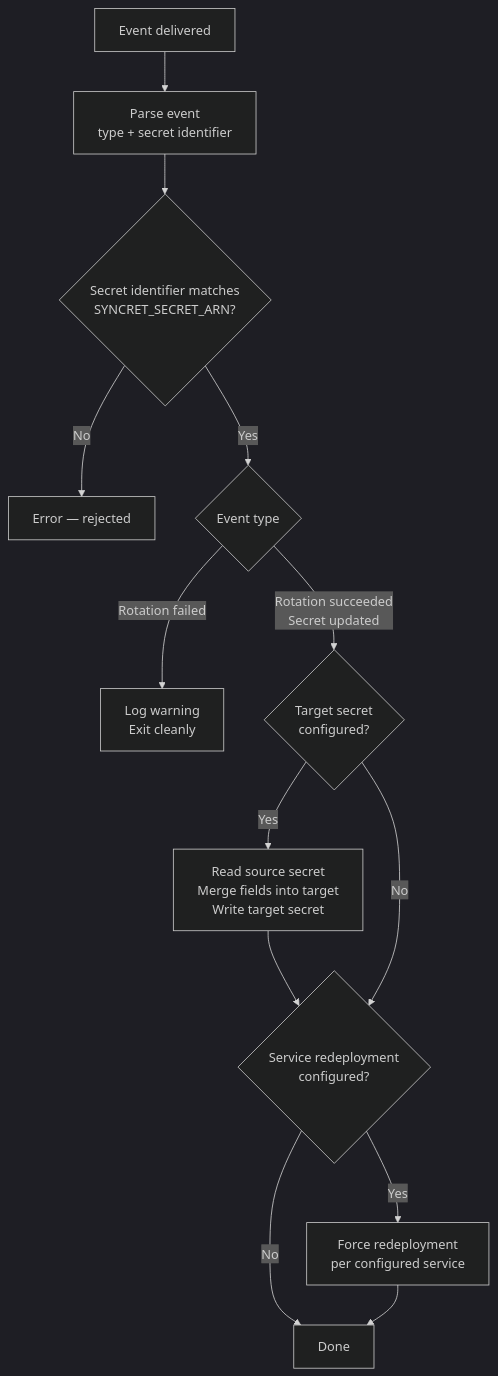
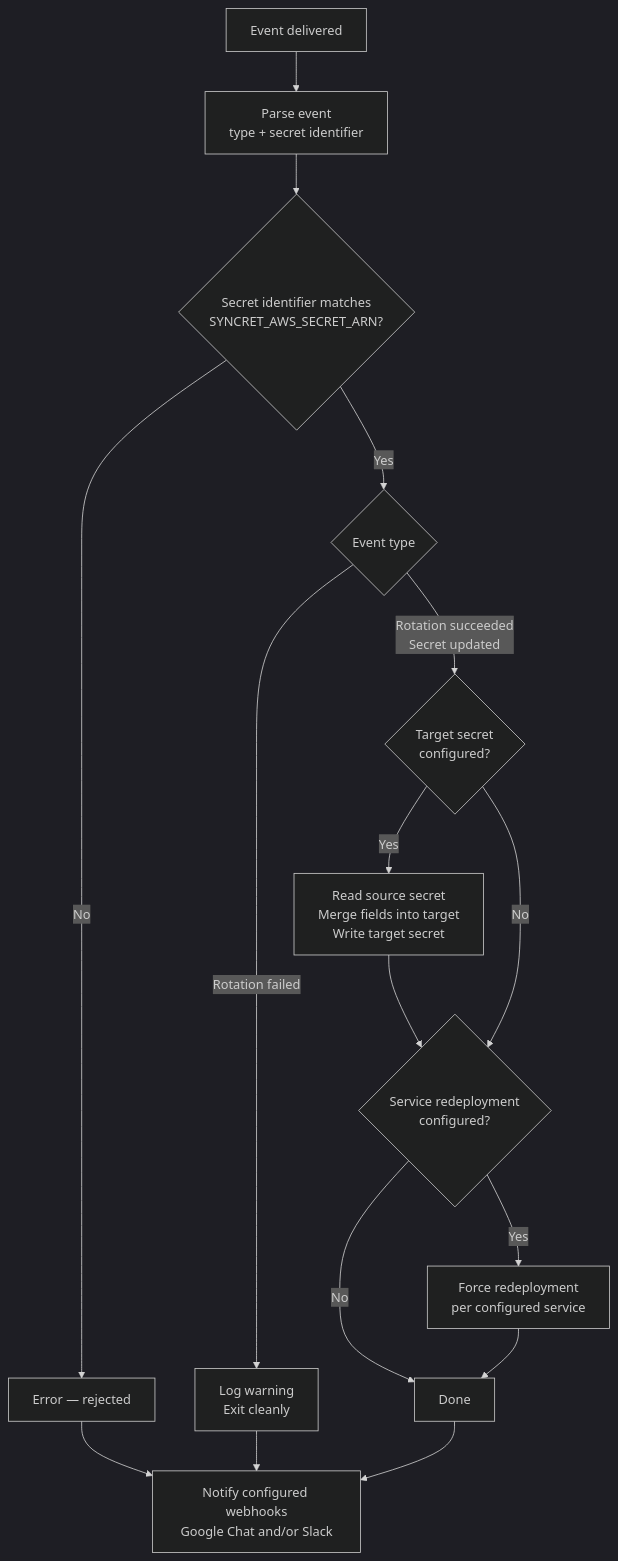
One commit to fayrus/syncret changed the diagram in docs/how-it-works.md. Above: the diagram before and after it, drawn with Mermaid (dark theme). The commit also changed other lines of this file and 1 other file, not shown here.

Commit message:
docs: describe notifications in how it works and deployment
The execution flow now ends with the notification step, the internal structure lists internal/notify, and the AWS deployment guide covers the optional webhook variables and VPC egress. Also fixes the source secret variable in the flow diagram, which still used the pre-v0.2.0 name SYNCRET_SECRET_ARN.

````diff
--- a/docs/how-it-works.md
+++ b/docs/how-it-works.md
@@ -17,15 +17,18 @@
 ```mermaid
 flowchart TD
     A[Event delivered] --> B["Parse event\ntype + secret identifier"]
-    B --> C{"Secret identifier matches\nSYNCRET_SECRET_ARN?"}
+    B --> C{"Secret identifier matches\nSYNCRET_AWS_SECRET_ARN?"}
     C -->|No| Z[Error — rejected]
     C -->|Yes| D{Event type}
     D -->|Rotation failed| W["Log warning\nExit cleanly"]
     D -->|"Rotation succeeded\nSecret updated"| E{"Target secret\nconfigured?"}
     E -->|Yes| F["Read source secret\nMerge fields into target\nWrite target secret"]
     F --> G{"Service redeployment\nconfigured?"}
     E -->|No| G
     G -->|Yes| H["Force redeployment\nper configured service"]
     G -->|No| I[Done]
     H --> I
+    Z --> N["Notify configured webhooks\nGoogle Chat and/or Slack"]
+    W --> N
+    I --> N
 ```
````
